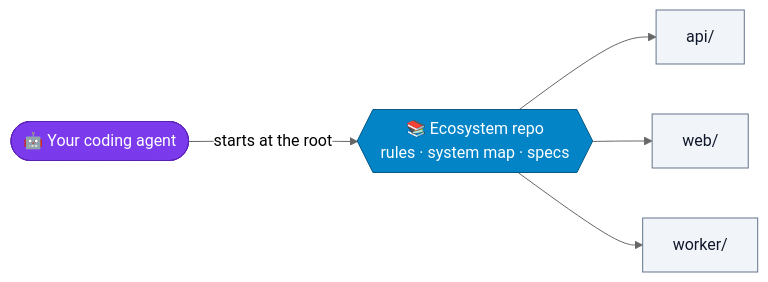
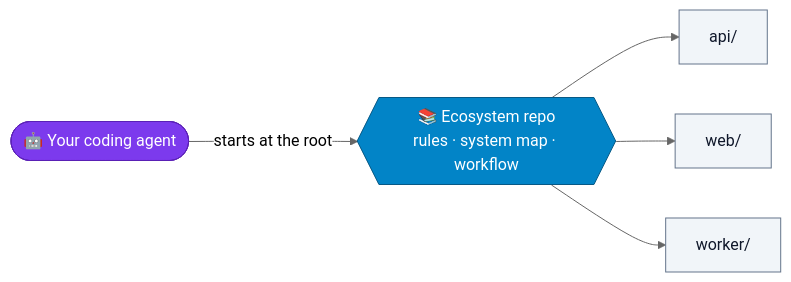
One commit to l4uran1/agent-ecosystem changed the first of 2 diagrams in README.md. Above: the diagram before and after it, drawn with Mermaid (neutral theme). The commit also changed other lines of this file and 37 other files, not shown here.

````diff
--- a/README.md
+++ b/README.md
@@ -11,18 +11,18 @@
 ```mermaid
 flowchart LR
     agent(["🤖 Your coding agent"])
-    eco{{"📚 Ecosystem repo<br/>rules · system map · specs"}}
+    eco{{"📚 Ecosystem repo<br/>rules · system map · workflow"}}
     api["api/"]
     web["web/"]
     worker["worker/"]
 
     agent -- starts at the root --> eco
     eco --> api & web & worker
 
     classDef agentStyle fill:#7c3aed,stroke:#5b21b6,color:#fff
     classDef ecoStyle fill:#0284c7,stroke:#075985,color:#fff
     classDef repoStyle fill:#f1f5f9,stroke:#64748b,color:#0f172a
     class agent agentStyle
     class eco ecoStyle
     class api,web,worker repoStyle
 ```
````
